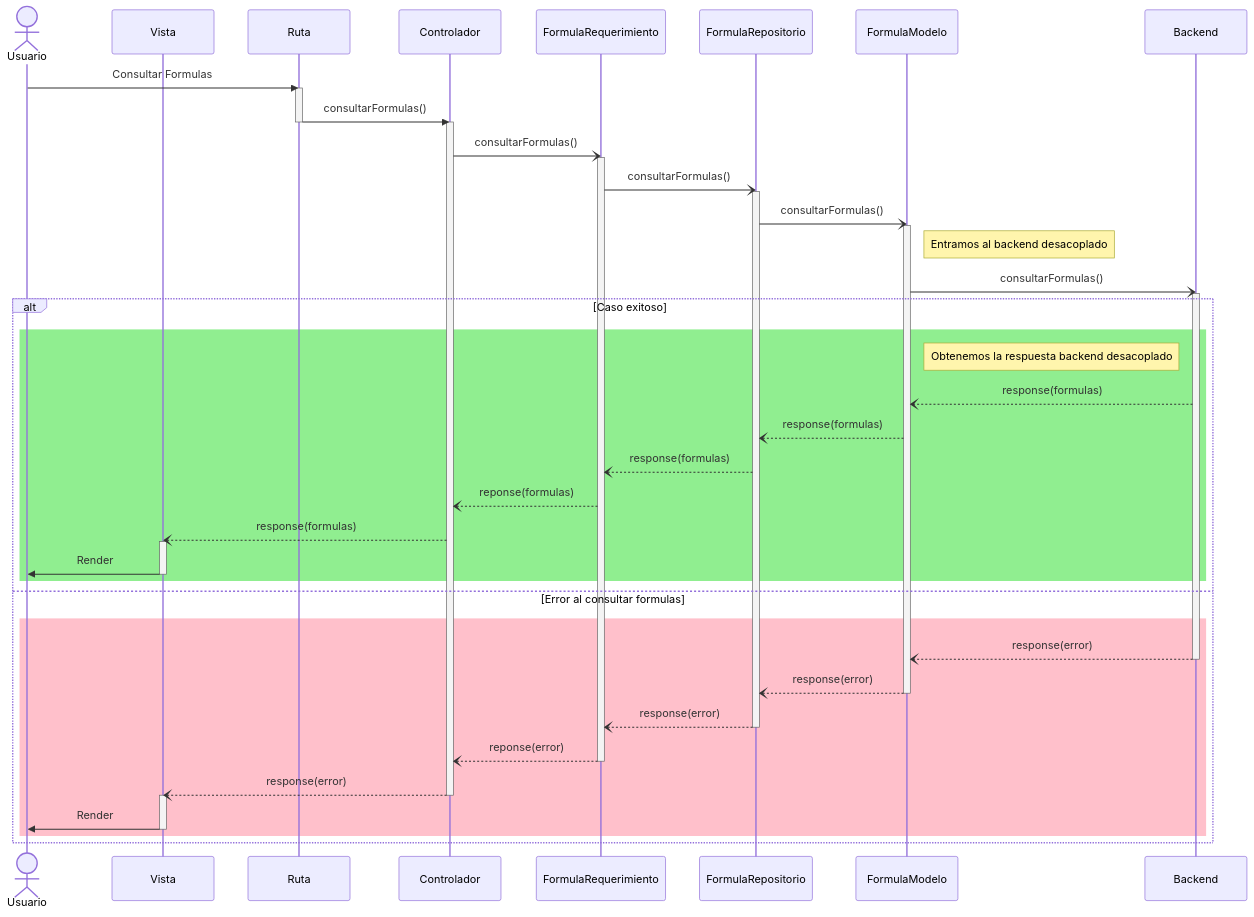
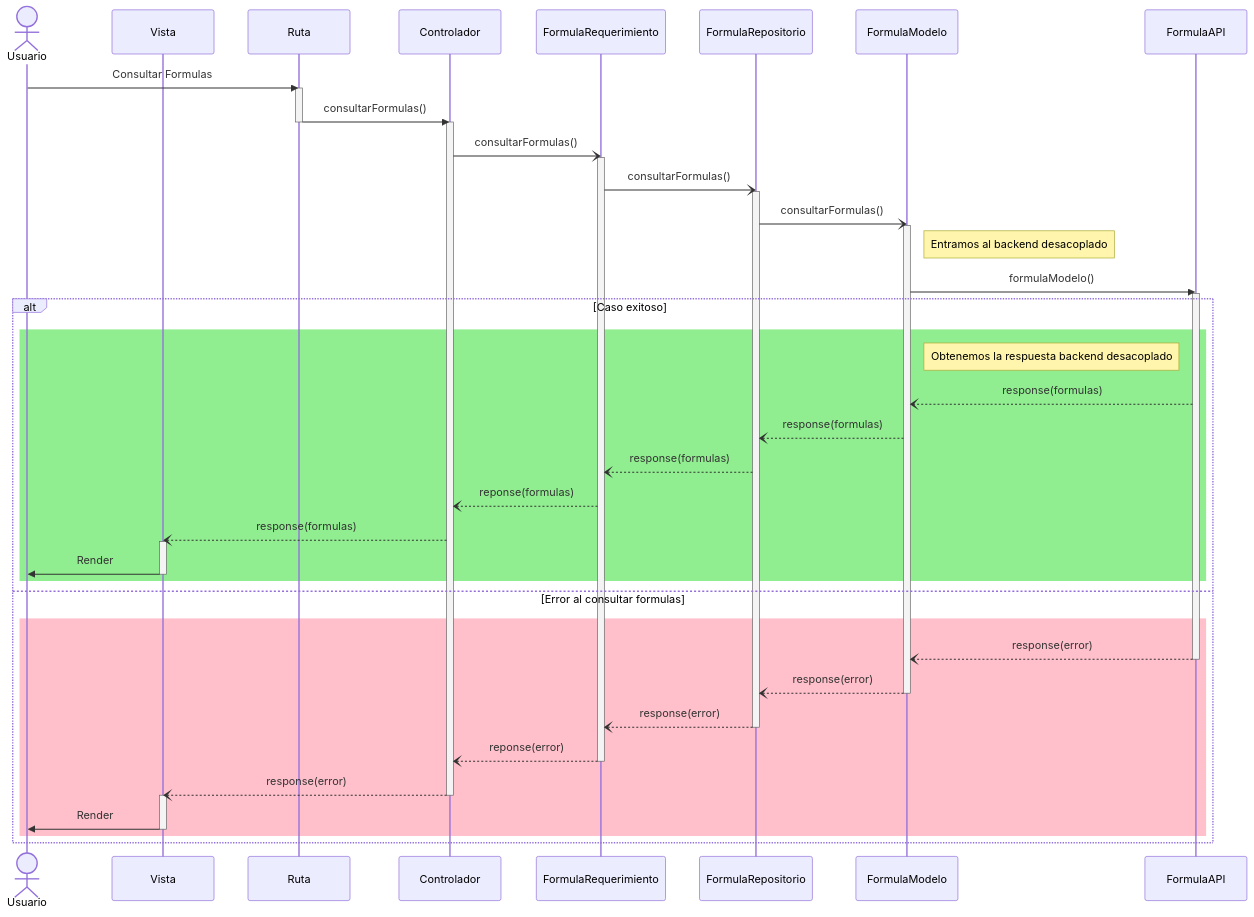
One commit to CodeAnd-Co/Documentacion changed the first of 2 diagrams in documentation/docs/proyectos/tractores/documentacion/requisitos/RF76.md. Above: the diagram before and after it, drawn with Mermaid.

Commit message:
Corregir componente database a API

````diff
--- a/documentation/docs/proyectos/tractores/documentacion/requisitos/RF76.md
+++ b/documentation/docs/proyectos/tractores/documentacion/requisitos/RF76.md
@@ -28,56 +28,56 @@
 ```mermaid
 sequenceDiagram
     actor Usuario
     participant view as Vista
     participant route as Ruta
     participant controller as Controlador
     participant usecase as FormulaRequerimiento
     participant repository as FormulaRepositorio
     participant model as FormulaModelo
-    participant backend as Backend
+    participant api as FormulaAPI
 
     Usuario->>route: Consultar Formulas
     activate route
     route->>controller: consultarFormulas()
     deactivate route
     activate controller
     controller-)usecase: consultarFormulas()
     activate usecase
     usecase-)repository: consultarFormulas()
     activate repository
     repository-)model: consultarFormulas()
     activate model
     Note right of model: Entramos al backend desacoplado
-    model-)backend: consultarFormulas()
-    activate backend
+    model->>api: formulaModelo()
+    activate api
     alt Caso exitoso
     rect Lightgreen
     Note right of model: Obtenemos la respuesta backend desacoplado
-    backend--)model: response(formulas)
+    api--)model: response(formulas)
     model--)repository: response(formulas)
     repository--)usecase: response(formulas)
     usecase--)controller: reponse(formulas)
     controller--)view: response(formulas)
     activate view
     view->>Usuario: Render
     deactivate view
     end
     else Error al consultar formulas
     rect Pink
-    backend--)model: response(error)
-    deactivate backend
+    api--)model: response(error)
+    deactivate api
     model--)repository: response(error)
     deactivate model
     repository--)usecase: response(error)
     deactivate repository
     usecase--)controller: reponse(error)
     deactivate usecase
     controller--)view: response(error)
     deactivate controller
     activate view
     view->>Usuario: Render
     deactivate view
     end
     end
     
 ```
````
